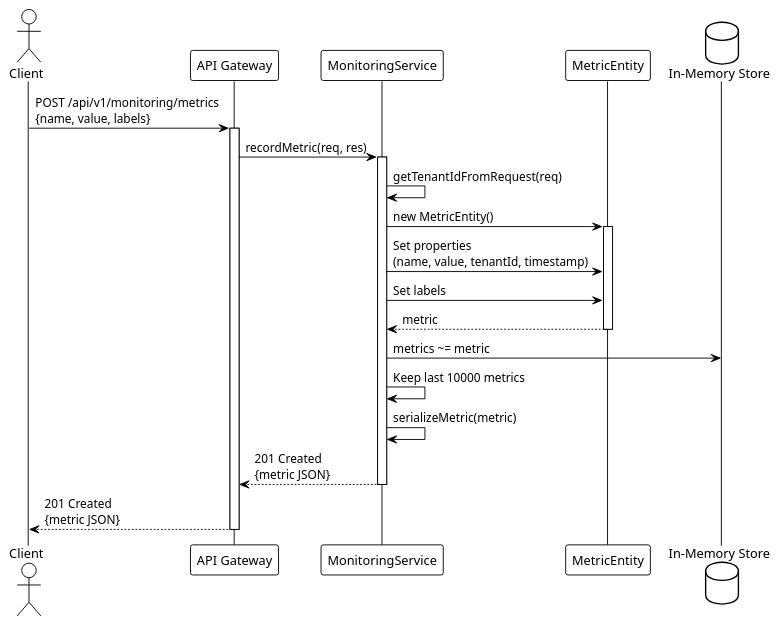
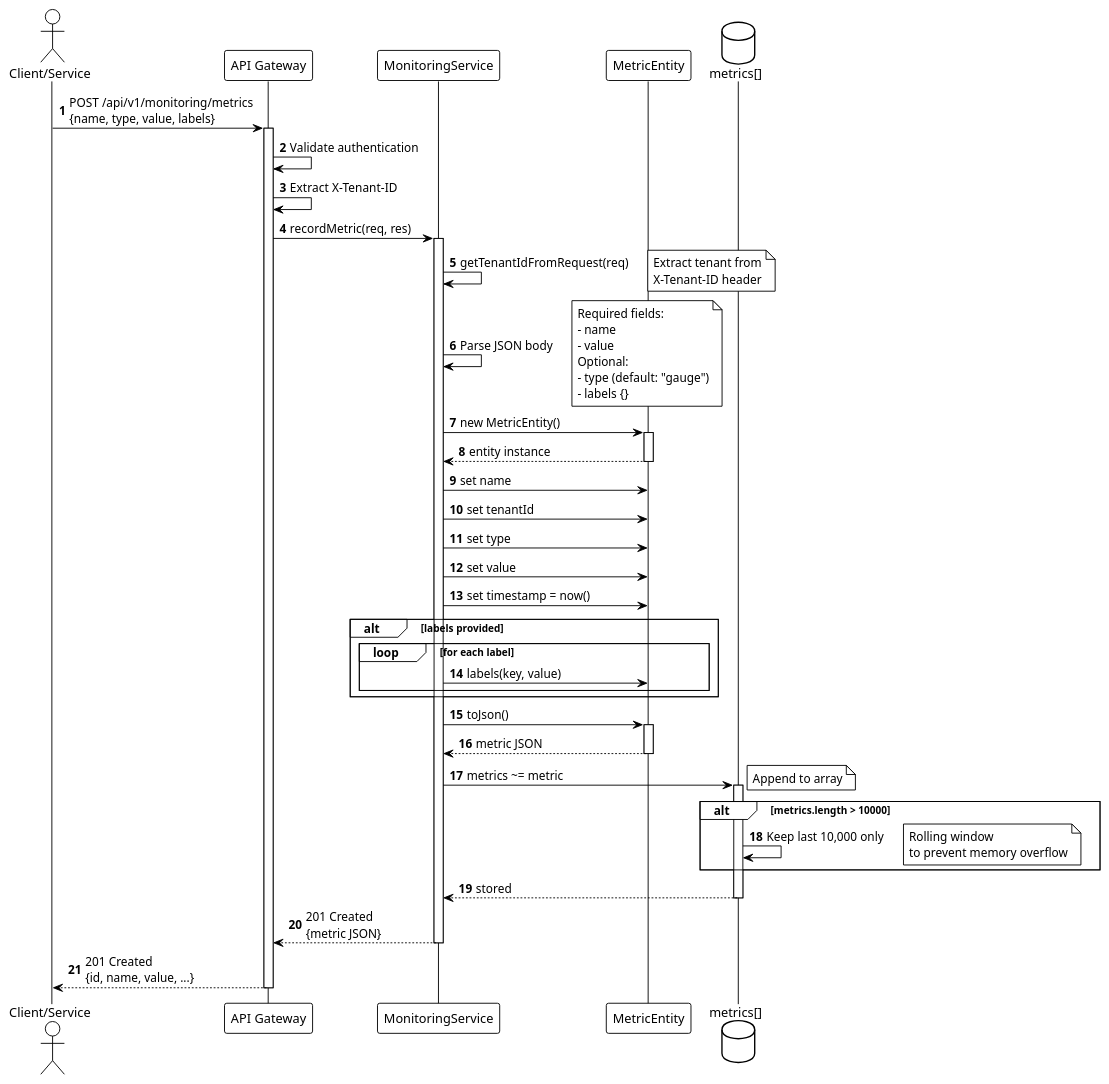
One commit to UIMSolutions/uim-iaas changed the second of 8 diagrams in monitoring/README.md. Above: the diagram before and after it, drawn with PlantUML. The commit also changed other lines of this file and 10 other files, not shown here.

````diff
--- a/monitoring/README.md
+++ b/monitoring/README.md
@@ -183,36 +264,75 @@
 ```plantuml
 @startuml
 !theme plain
+autonumber
 
-actor Client
+actor "Client/Service" as Client
 participant "API Gateway" as Gateway
 participant "MonitoringService" as Service
 participant "MetricEntity" as Entity
-database "In-Memory Store" as Store
+database "metrics[]" as Store
 
-Client -> Gateway: POST /api/v1/monitoring/metrics\n{name, value, labels}
+Client -> Gateway: POST /api/v1/monitoring/metrics\n{name, type, value, labels}
 activate Gateway
+
+Gateway -> Gateway: Validate authentication
+Gateway -> Gateway: Extract X-Tenant-ID
 
 Gateway -> Service: recordMetric(req, res)
 activate Service
 
 Service -> Service: getTenantIdFromRequest(req)
+note right: Extract tenant from\nX-Tenant-ID header
+
+Service -> Service: Parse JSON body
+note right
+    Required fields:
+    - name
+    - value
+    Optional:
+    - type (default: "gauge")
+    - labels {}
+end note
+
 Service -> Entity: new MetricEntity()
 activate Entity
+Entity --> Service: entity instance
+deactivate Entity
 
-Service -> Entity: Set properties\n(name, value, tenantId, timestamp)
-Service -> Entity: Set labels
-Entity --> Service: metric
+Service -> Entity: set name
+Service -> Entity: set tenantId
+Service -> Entity: set type
+Service -> Entity: set value
+Service -> Entity: set timestamp = now()
+
+alt labels provided
+    loop for each label
+        Service -> Entity: labels(key, value)
+    end
+end
+
+Service -> Entity: toJson()
+activate Entity
+Entity --> Service: metric JSON
 deactivate Entity
 
 Service -> Store: metrics ~= metric
-Service -> Service: Keep last 10000 metrics
-Service -> Service: serializeMetric(metric)
+activate Store
+note right: Append to array
+
+alt metrics.length > 10000
+    Store -> Store: Keep last 10,000 only
+    note right: Rolling window\nto prevent memory overflow
+end
+
+Store --> Service: stored
+deactivate Store
+
 Service --> Gateway: 201 Created\n{metric JSON}
 deactivate Service
 
-Gateway --> Client: 201 Created\n{metric JSON}
+Gateway --> Client: 201 Created\n{id, name, value, ...}
 deactivate Gateway
 
 @enduml
 ```
````
